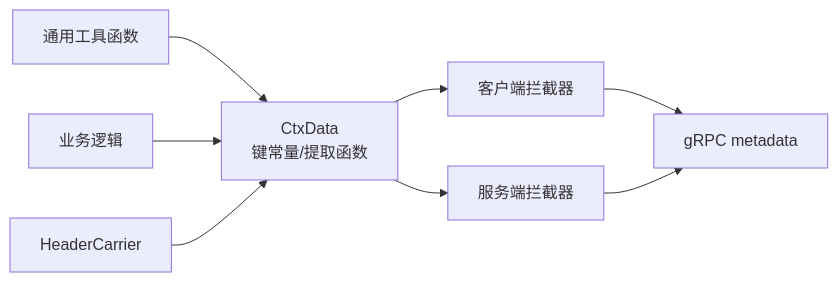
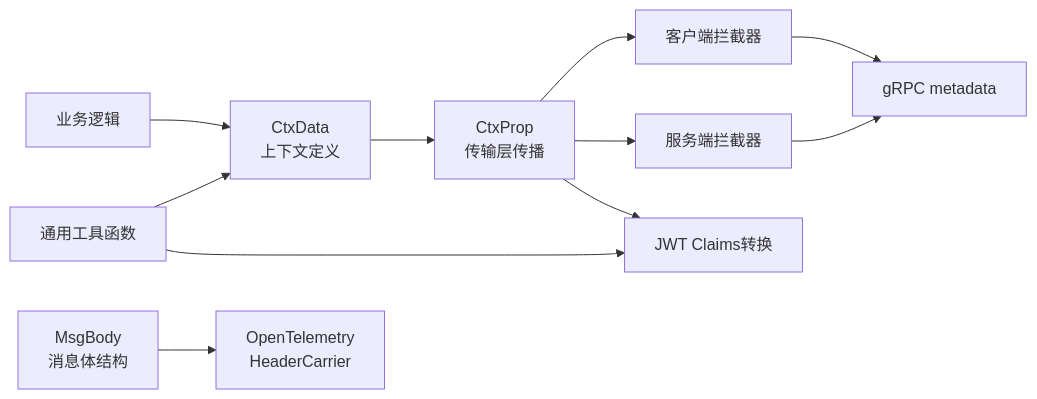
Before and after one commit to maomao94/zero-service: the fifth of 5 diagrams in .qoder/repowiki/zh/content/公共组件库/工具组件/上下文执行工具/上下文数据管理.md, drawn with Mermaid. The commit also changed other lines of this file and 19 other files, not shown here.

````diff
--- a/.qoder/repowiki/zh/content/公共组件库/工具组件/上下文执行工具/上下文数据管理.md
+++ b/.qoder/repowiki/zh/content/公共组件库/工具组件/上下文执行工具/上下文数据管理.md
@@ -299,10 +364,13 @@
 ```mermaid
 graph LR
-Ctx["CtxData<br/>键常量/提取函数"] --> ICli["客户端拦截器"]
-Ctx --> ISrv["服务端拦截器"]
+Ctx["CtxData<br/>上下文定义"] --> Prop["CtxProp<br/>传输层传播"]
+Prop --> ICli["客户端拦截器"]
+Prop --> ISrv["服务端拦截器"]
+Prop --> Claims["JWT Claims转换"]
+Msg["MsgBody<br/>消息体结构"] --> OTel["OpenTelemetry<br/>HeaderCarrier"]
+Tool["通用工具函数"] --> Ctx
+Tool --> Claims
+Logic["业务逻辑"] --> Ctx
 ICli --> MD["gRPC metadata"]
 ISrv --> MD
-Tool["通用工具函数"] --> Ctx
-Logic["业务逻辑"] --> Ctx
-OTel["HeaderCarrier"] --> Ctx
 ```
````
